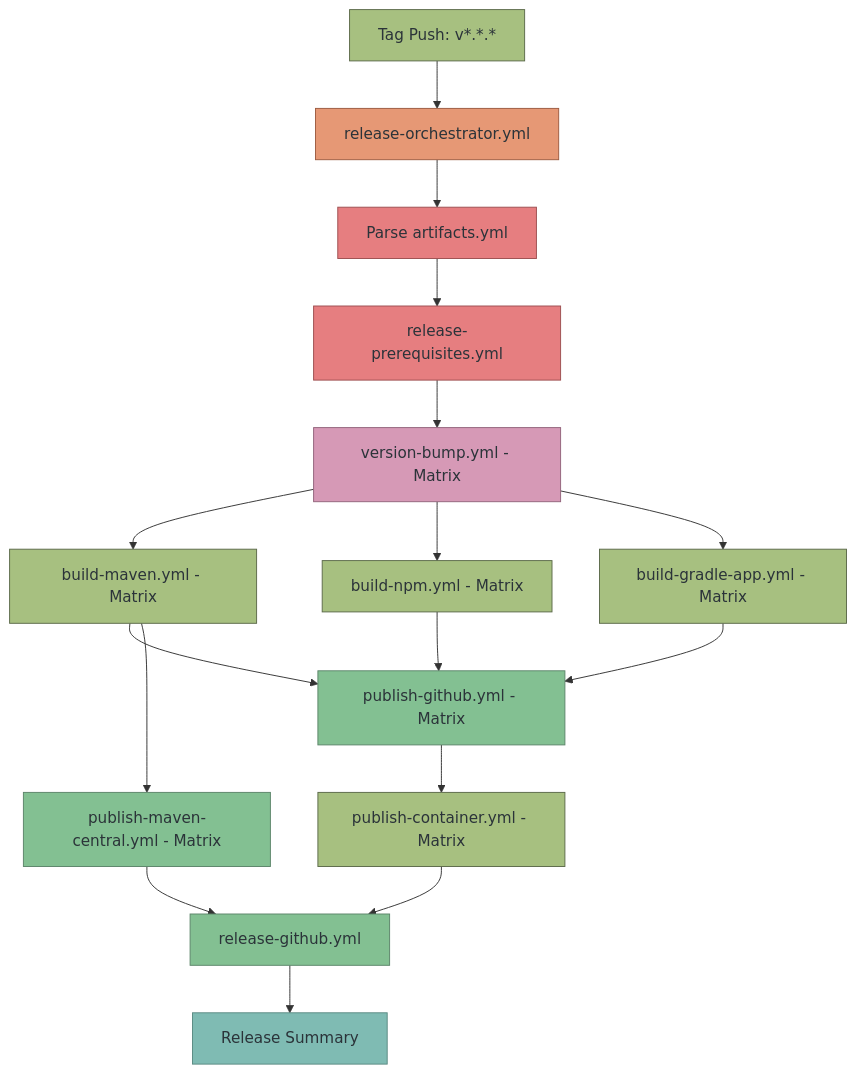
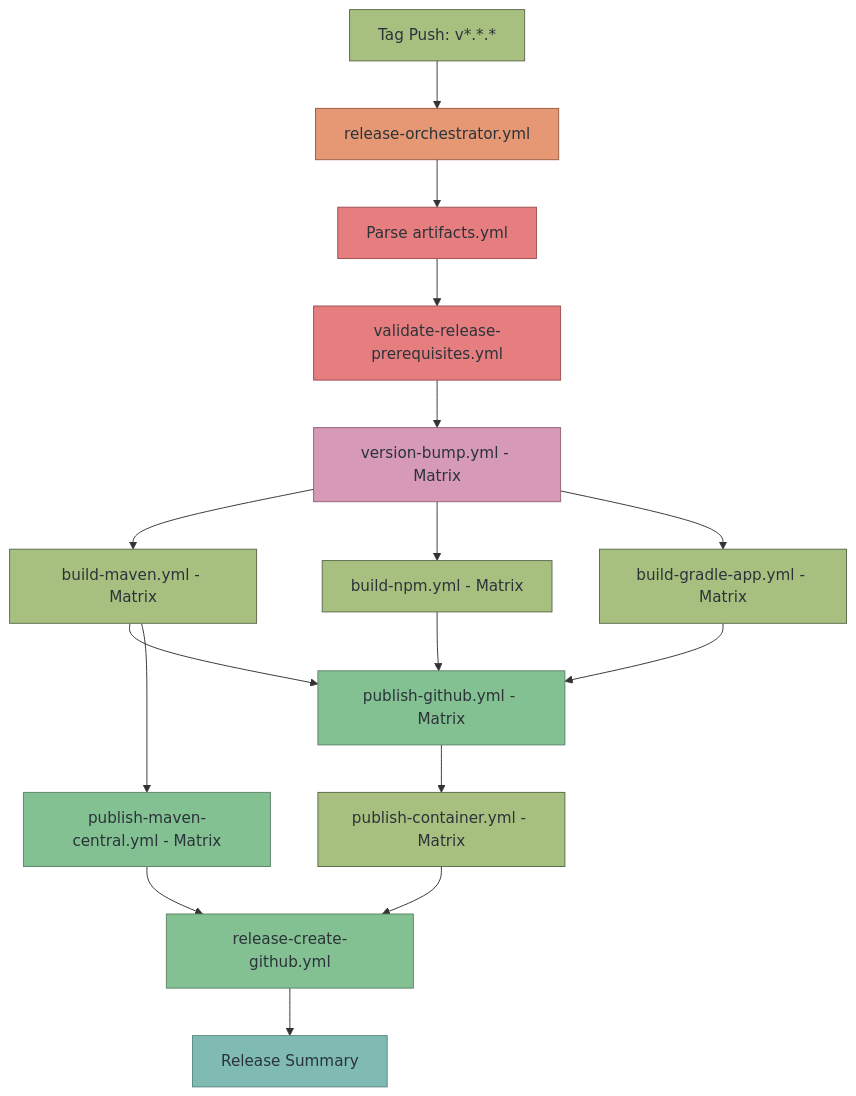
The second of 6 diagrams in docs/workflows.md (diggsweden/reusable-ci), drawn with Mermaid before and after one commit. The commit also changed 49 other files, not shown here.

````diff
--- a/docs/workflows.md
+++ b/docs/workflows.md
@@ -36,38 +36,38 @@
 ```mermaid
 graph TD
     A[Tag Push: v*.*.* ] --> B[release-orchestrator.yml]
     B --> C[Parse artifacts.yml]
-    C --> D[release-prerequisites.yml]
+    C --> D[validate-release-prerequisites.yml]
     D --> E[version-bump.yml - Matrix]
 
     E --> F[build-maven.yml - Matrix]
     E --> G[build-npm.yml - Matrix]
     E --> H[build-gradle-app.yml - Matrix]
 
     F --> I[publish-github.yml - Matrix]
     G --> I
     H --> I
 
     F --> J[publish-maven-central.yml - Matrix]
 
     I --> K[publish-container.yml - Matrix]
 
-    K --> L[release-github.yml]
+    K --> L[release-create-github.yml]
     J --> L
 
     L --> M[Release Summary]
 
     style A fill:#a7c080,stroke:#5c6a4a,color:#2b3339
     style B fill:#e69875,stroke:#9d5c41,color:#2b3339
     style C fill:#e67e80,stroke:#9d4f50,color:#2b3339
     style D fill:#e67e80,stroke:#9d4f50,color:#2b3339
     style E fill:#d699b6,stroke:#93647c,color:#2b3339
     style F fill:#a7c080,stroke:#5c6a4a,color:#2b3339
     style G fill:#a7c080,stroke:#5c6a4a,color:#2b3339
     style H fill:#a7c080,stroke:#5c6a4a,color:#2b3339
     style I fill:#83c092,stroke:#5c856a,color:#2b3339
     style J fill:#83c092,stroke:#5c856a,color:#2b3339
     style K fill:#a7c080,stroke:#5c6a4a,color:#2b3339
     style L fill:#83c092,stroke:#5c856a,color:#2b3339
     style M fill:#7fbbb3,stroke:#5a8a82,color:#2b3339
 ```
````
